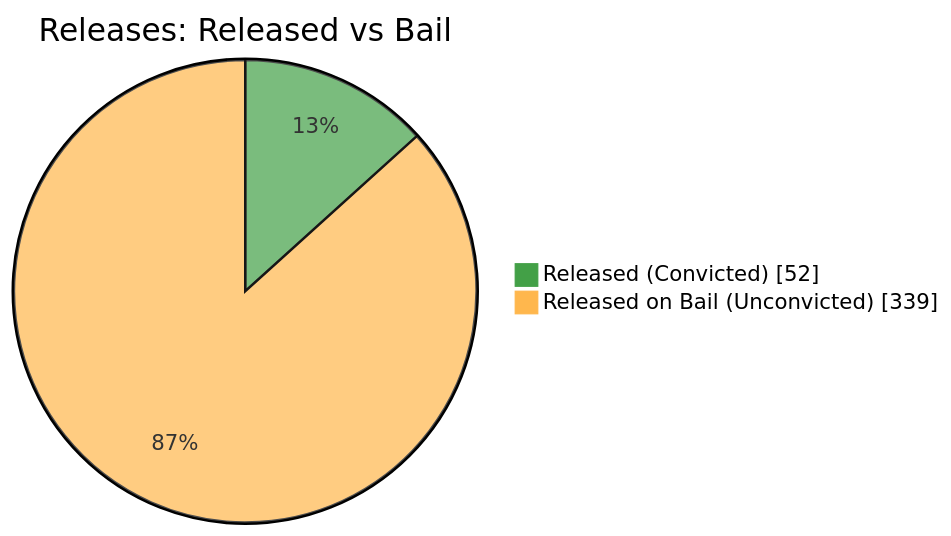
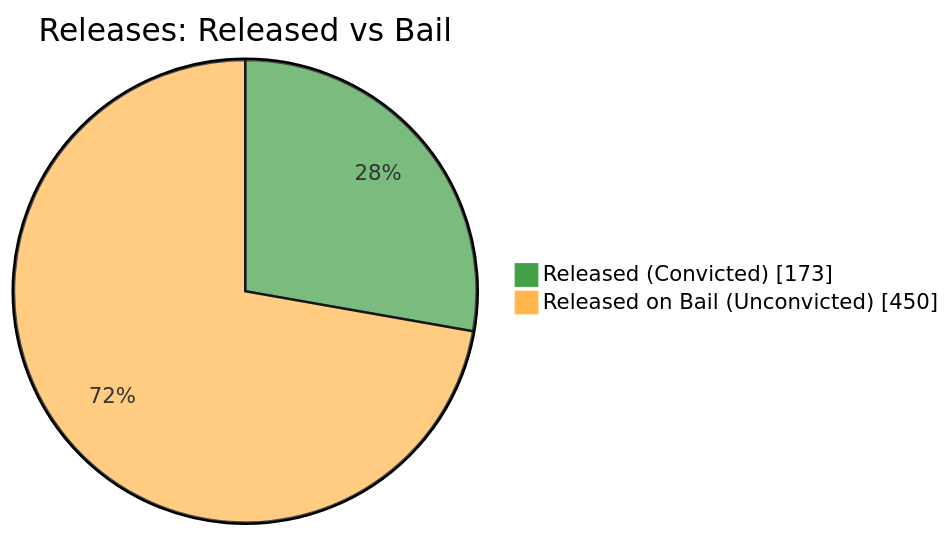
Before and after one commit to nuuuwan/lk_prisons: the fifth of 7 diagrams in README.md, drawn with Mermaid. The commit also changed other lines of this file and 1 other file, not shown here.

````diff
--- a/README.md
+++ b/README.md
@@ -87,6 +87,6 @@
 ```mermaid
 %%{init: {'themeVariables': {'pie1': '#43A047', 'pie2': '#FFB74D'}}}%%
 pie showData title Releases: Released vs Bail
-    "Released (Convicted)" : 52
-    "Released on Bail (Unconvicted)" : 339
+    "Released (Convicted)" : 173
+    "Released on Bail (Unconvicted)" : 450
 ```
````
